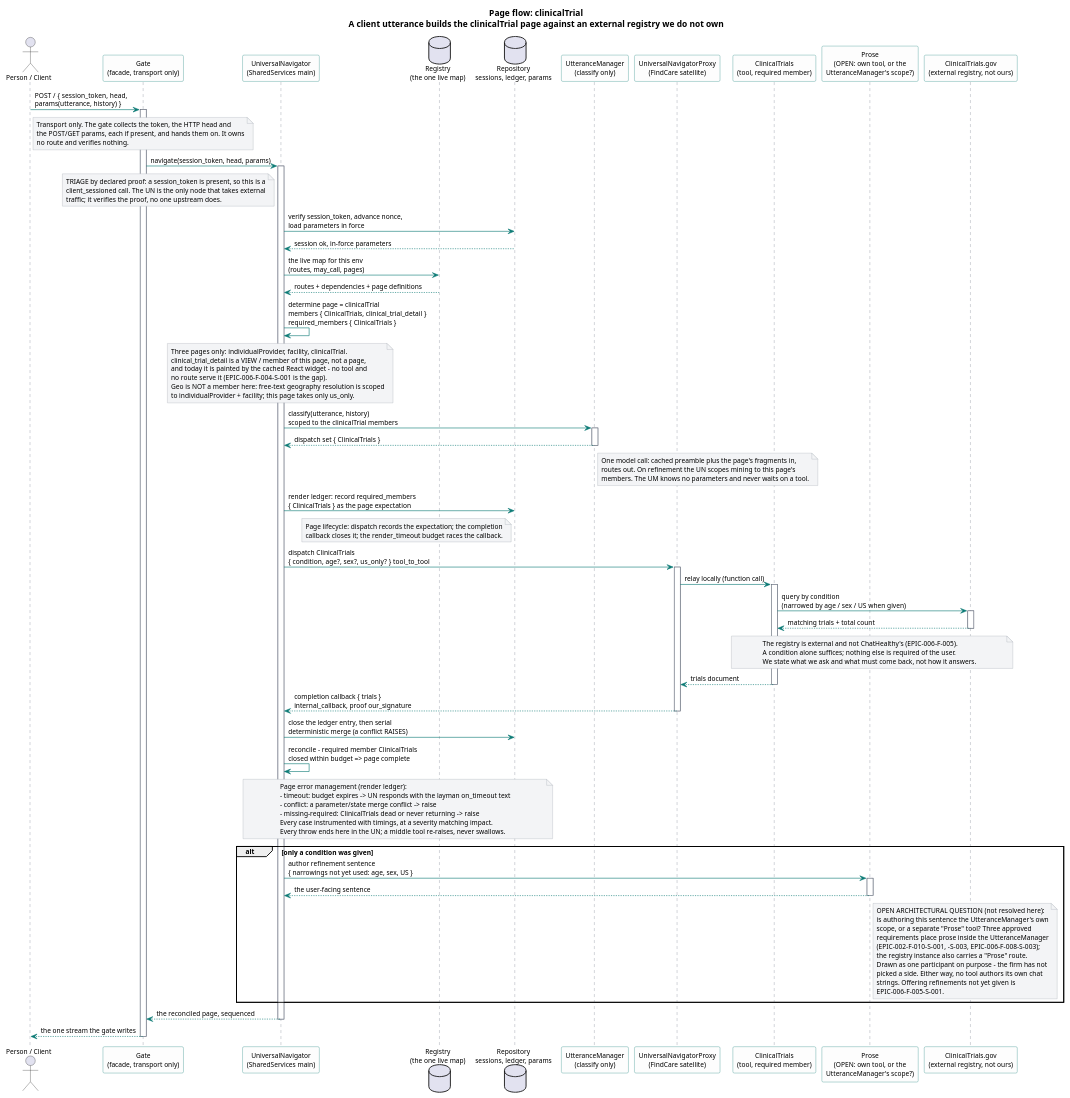
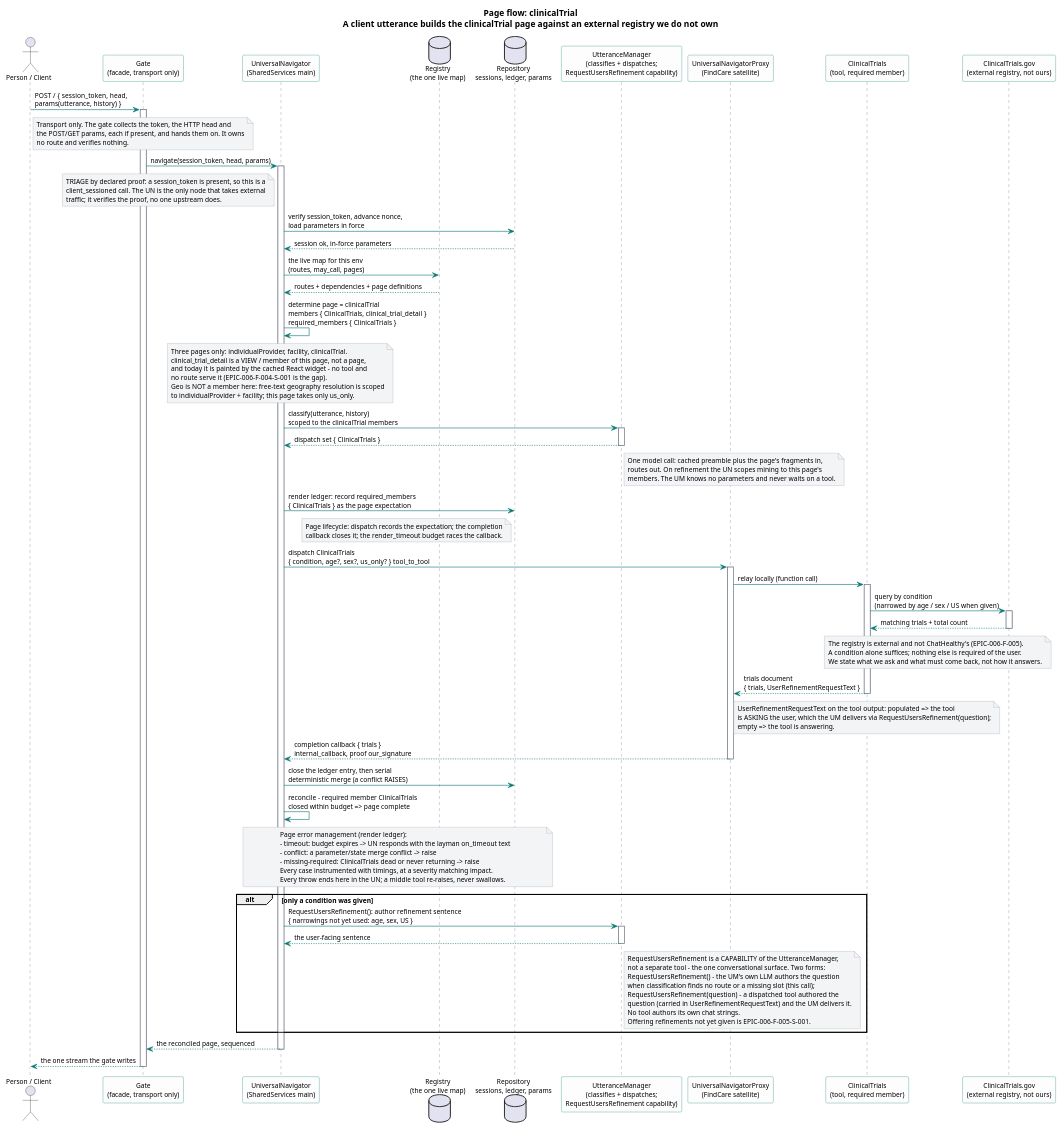
One commit to SkipSnow/ChatHealthyRepo changed the diagram in brain/machine_artifacts/diagramsAndImages/sources/flow_page_clinical_trial.puml. Above: the diagram before and after it, drawn with PlantUML. The commit also changed 101 other files, not shown here.

```diff
--- a/brain/machine_artifacts/diagramsAndImages/sources/flow_page_clinical_trial.puml
+++ b/brain/machine_artifacts/diagramsAndImages/sources/flow_page_clinical_trial.puml
@@ -1,127 +1,129 @@
 @startuml
 skinparam shadowing false
 skinparam defaultFontName Segoe UI
 skinparam defaultFontSize 11
 skinparam ArrowColor #0b7a75
 skinparam SequenceLifeLineBorderColor #6b7280
 skinparam ParticipantBorderColor #0b7a75
 skinparam ParticipantBackgroundColor #fdfdfd
 skinparam NoteBackgroundColor #f3f4f6
 skinparam NoteBorderColor #9ca3af
 
 title Page flow: clinicalTrial\nA client utterance builds the clinicalTrial page against an external registry we do not own
 
 actor "Person / Client" as P
 participant "Gate\n(facade, transport only)" as Gate
 participant "UniversalNavigator\n(SharedServices main)" as UN
 database "Registry\n(the one live map)" as Reg
 database "Repository\nsessions, ledger, params" as Repo
-participant "UtteranceManager\n(classify only)" as UM
+participant "UtteranceManager\n(classifies + dispatches;\nRequestUsersRefinement capability)" as UM
 participant "UniversalNavigatorProxy\n(FindCare satellite)" as PXY
 participant "ClinicalTrials\n(tool, required member)" as CT
-participant "Prose\n(OPEN: own tool, or the\nUtteranceManager's scope?)" as Prose
 participant "ClinicalTrials.gov\n(external registry, not ours)" as REG
 
 P -> Gate : POST /  { session_token, head,\nparams(utterance, history) }
 activate Gate
 note over Gate
   Transport only. The gate collects the token, the HTTP head and
   the POST/GET params, each if present, and hands them on. It owns
   no route and verifies nothing.
 end note
 
 Gate -> UN : navigate(session_token, head, params)
 activate UN
 
 note left of UN
   TRIAGE by declared proof: a session_token is present, so this is a
   client_sessioned call. The UN is the only node that takes external
   traffic; it verifies the proof, no one upstream does.
 end note
 UN -> Repo : verify session_token, advance nonce,\nload parameters in force
 Repo --> UN : session ok, in-force parameters
 UN -> Reg : the live map for this env\n(routes, may_call, pages)
 Reg --> UN : routes + dependencies + page definitions
 
 UN -> UN : determine page = clinicalTrial\nmembers { ClinicalTrials, clinical_trial_detail }\nrequired_members { ClinicalTrials }
 
 note over UN
   Three pages only: individualProvider, facility, clinicalTrial.
   clinical_trial_detail is a VIEW / member of this page, not a page,
   and today it is painted by the cached React widget - no tool and
   no route serve it (EPIC-006-F-004-S-001 is the gap).
   Geo is NOT a member here: free-text geography resolution is scoped
   to individualProvider + facility; this page takes only us_only.
 end note
 
 UN -> UM : classify(utterance, history)\nscoped to the clinicalTrial members
 activate UM
 UM --> UN : dispatch set { ClinicalTrials }
 deactivate UM
 note right of UM
   One model call: cached preamble plus the page's fragments in,
   routes out. On refinement the UN scopes mining to this page's
   members. The UM knows no parameters and never waits on a tool.
 end note
 
 UN -> Repo : render ledger: record required_members\n{ ClinicalTrials } as the page expectation
 note left of Repo
   Page lifecycle: dispatch records the expectation; the completion
   callback closes it; the render_timeout budget races the callback.
 end note
 
 UN -> PXY : dispatch ClinicalTrials\n{ condition, age?, sex?, us_only? }  tool_to_tool
 activate PXY
 PXY -> CT : relay locally (function call)
 activate CT
 CT -> REG : query by condition\n(narrowed by age / sex / US when given)
 activate REG
 REG --> CT : matching trials + total count
 deactivate REG
 note over CT, REG
   The registry is external and not ChatHealthy's (EPIC-006-F-005).
   A condition alone suffices; nothing else is required of the user.
   We state what we ask and what must come back, not how it answers.
 end note
-CT --> PXY : trials document
+CT --> PXY : trials document\n{ trials, UserRefinementRequestText }
 deactivate CT
+note over CT
+  UserRefinementRequestText on the tool output: populated => the tool
+  is ASKING the user, which the UM delivers via RequestUsersRefinement(question);
+  empty => the tool is answering.
+end note
 PXY --> UN : completion callback { trials }\ninternal_callback, proof our_signature
 deactivate PXY
 
 UN -> Repo : close the ledger entry, then serial\ndeterministic merge (a conflict RAISES)
 UN -> UN : reconcile - required member ClinicalTrials\nclosed within budget => page complete
 
 note over UN, Repo
   Page error management (render ledger):
   - timeout: budget expires -> UN responds with the layman on_timeout text
   - conflict: a parameter/state merge conflict -> raise
   - missing-required: ClinicalTrials dead or never returning -> raise
   Every case instrumented with timings, at a severity matching impact.
   Every throw ends here in the UN; a middle tool re-raises, never swallows.
 end note
 
 alt only a condition was given
-  UN -> Prose : author refinement sentence\n{ narrowings not yet used: age, sex, US }
-  activate Prose
-  Prose --> UN : the user-facing sentence
-  deactivate Prose
-  note right of Prose
-    OPEN ARCHITECTURAL QUESTION (not resolved here):
-    is authoring this sentence the UtteranceManager's own
-    scope, or a separate "Prose" tool? Three approved
-    requirements place prose inside the UtteranceManager
-    (EPIC-002-F-010-S-001, -S-003, EPIC-006-F-008-S-003);
-    the registry instance also carries a "Prose" route.
-    Drawn as one participant on purpose - the firm has not
-    picked a side. Either way, no tool authors its own chat
-    strings. Offering refinements not yet given is
-    EPIC-006-F-005-S-001.
+  UN -> UM : RequestUsersRefinement(): author refinement sentence\n{ narrowings not yet used: age, sex, US }
+  activate UM
+  UM --> UN : the user-facing sentence
+  deactivate UM
+  note right of UM
+    RequestUsersRefinement is a CAPABILITY of the UtteranceManager,
+    not a separate tool - the one conversational surface. Two forms:
+    RequestUsersRefinement() - the UM's own LLM authors the question
+    when classification finds no route or a missing slot (this call);
+    RequestUsersRefinement(question) - a dispatched tool authored the
+    question (carried in UserRefinementRequestText) and the UM delivers it.
+    No tool authors its own chat strings.
+    Offering refinements not yet given is EPIC-006-F-005-S-001.
   end note
 end
 
 UN --> Gate : the reconciled page, sequenced
 deactivate UN
 P <-- Gate : the one stream the gate writes
 deactivate Gate
 
 @enduml
```
